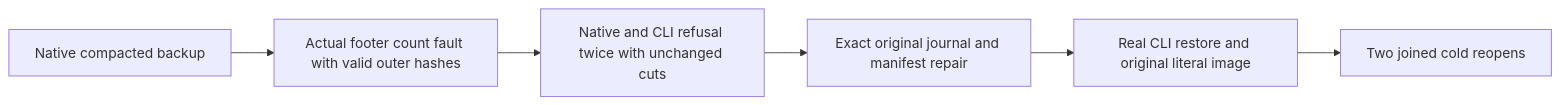
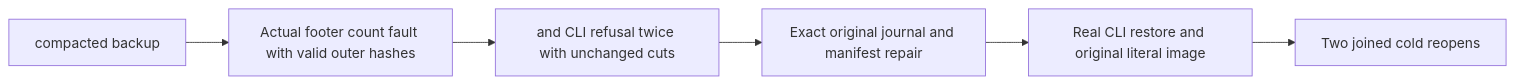
One commit to managedcode/KeyLoad changed the seventh of 13 diagrams in docs/Features/BackupRestore.md. Above: the diagram before and after it, drawn with Mermaid. The commit also changed other lines of this file and 9016 other files, not shown here.

````diff
--- a/docs/Features/BackupRestore.md
+++ b/docs/Features/BackupRestore.md
@@ -280,8 +280,8 @@
 ```mermaid
 flowchart LR
-  A[Native compacted backup] --> B[Actual footer count fault with valid outer hashes]
-  B --> C[Native and CLI refusal twice with unchanged cuts]
+  A[compacted backup] --> B[Actual footer count fault with valid outer hashes]
+  B --> C[and CLI refusal twice with unchanged cuts]
   C --> D[Exact original journal and manifest repair]
   D --> E[Real CLI restore and original literal image]
   E --> F[Two joined cold reopens]
 ```
````
